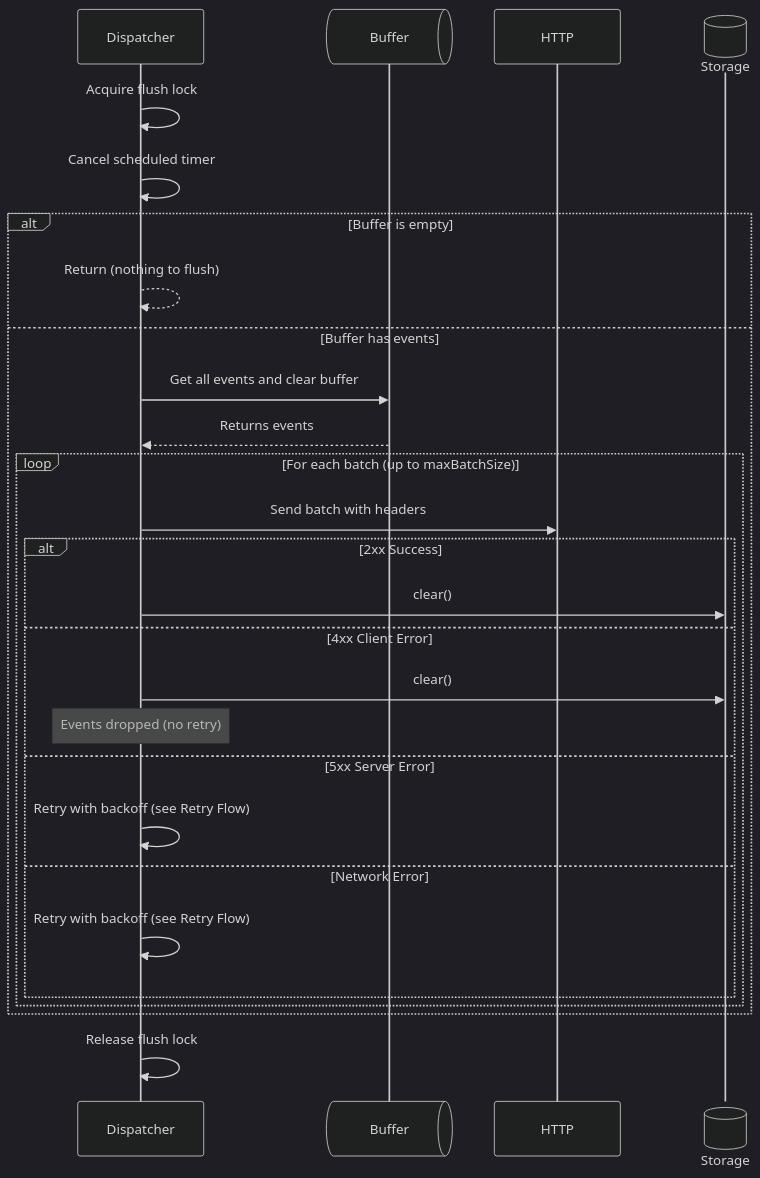
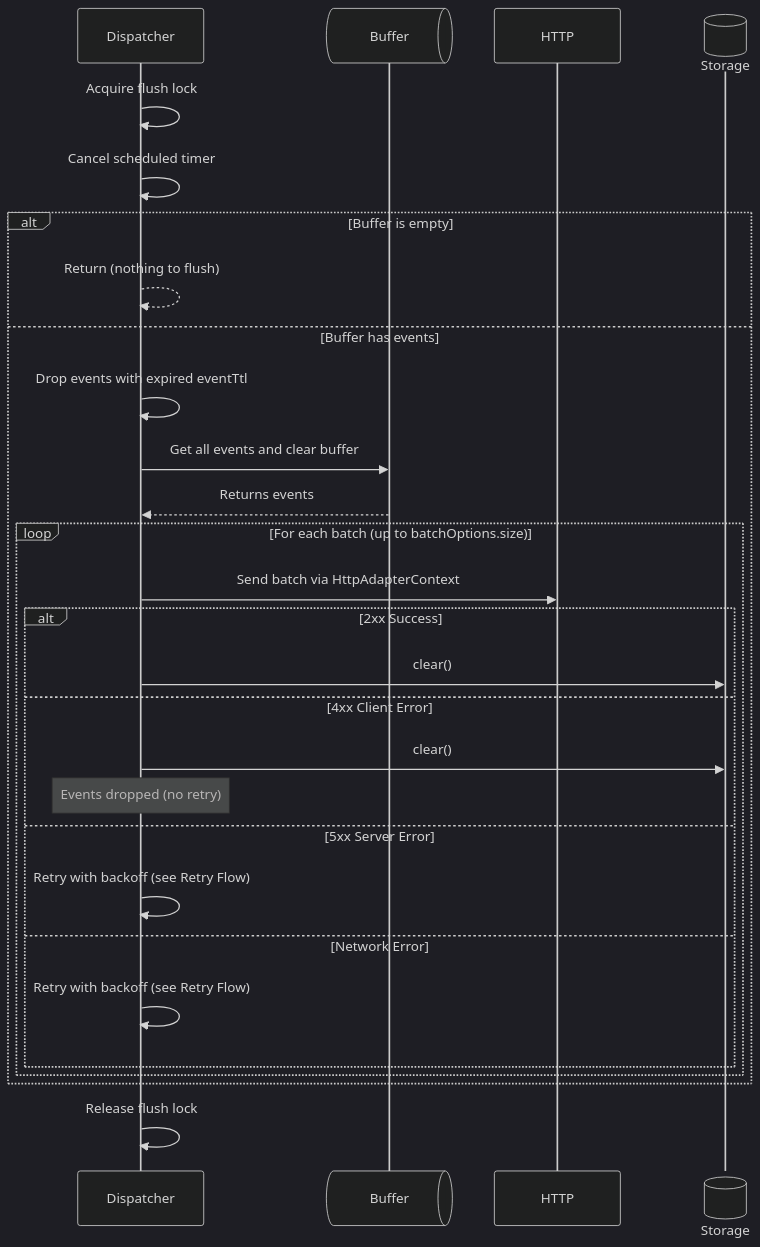
Before and after one commit to Tap30/ripple: the third of 9 diagrams in DESIGN_AND_CONTRACTS.md, drawn with Mermaid (dark theme). The commit also changed other lines of this file and 4 other files, not shown here.

````diff
--- a/DESIGN_AND_CONTRACTS.md
+++ b/DESIGN_AND_CONTRACTS.md
@@ -298,30 +386,31 @@
 ```mermaid
 sequenceDiagram
     participant Dispatcher
     participant Buffer@{ "type" : "queue" }
     participant HTTP
     participant Storage@{ "type" : "database" }
 
     Dispatcher->>Dispatcher: Acquire flush lock
     Dispatcher->>Dispatcher: Cancel scheduled timer
     alt Buffer is empty
         Dispatcher-->>Dispatcher: Return (nothing to flush)
     else Buffer has events
+        Dispatcher->>Dispatcher: Drop events with expired eventTtl
         Dispatcher->>Buffer: Get all events and clear buffer
         Buffer-->>Dispatcher: Returns events
-        loop For each batch (up to maxBatchSize)
-            Dispatcher->>HTTP: Send batch with headers
+        loop For each batch (up to batchOptions.size)
+            Dispatcher->>HTTP: Send batch via HttpAdapterContext
             alt 2xx Success
                 Dispatcher->>Storage: clear()
             else 4xx Client Error
                 Dispatcher->>Storage: clear()
                 Note over Dispatcher: Events dropped (no retry)
             else 5xx Server Error
                 Dispatcher->>Dispatcher: Retry with backoff (see Retry Flow)
             else Network Error
                 Dispatcher->>Dispatcher: Retry with backoff (see Retry Flow)
             end
         end
     end
     Dispatcher->>Dispatcher: Release flush lock
 ```
````
